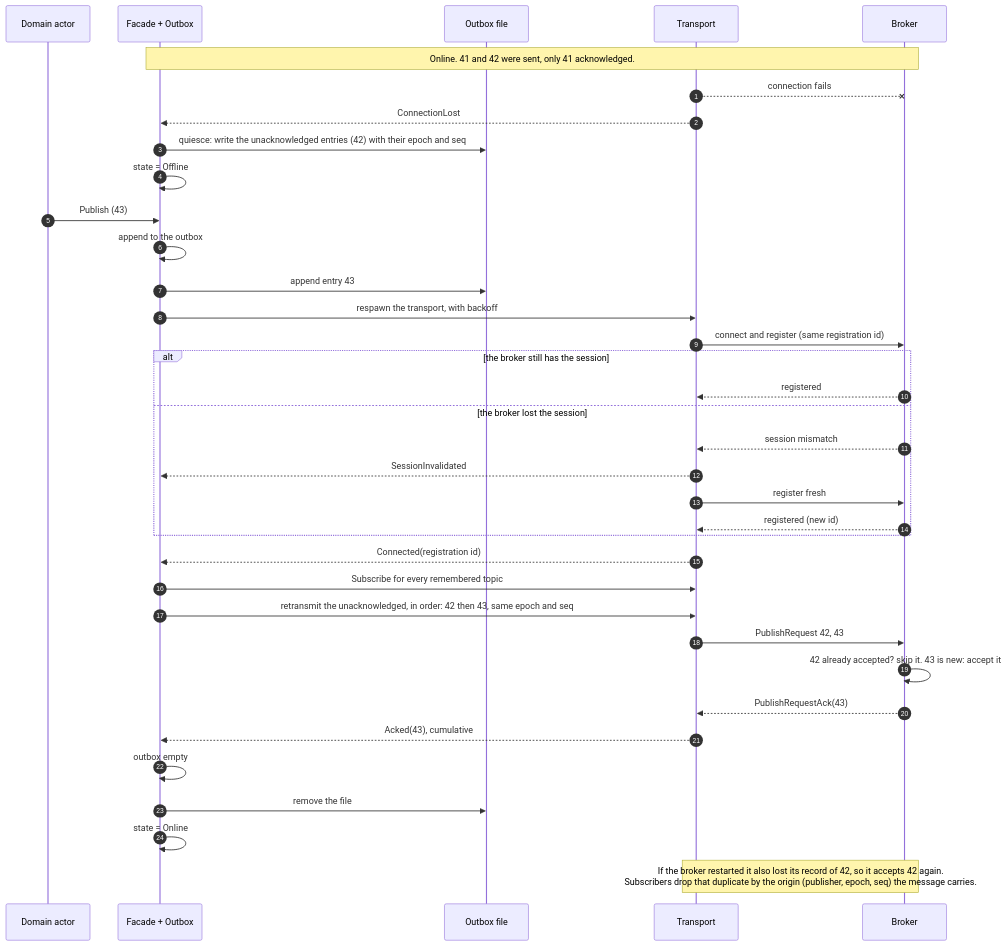
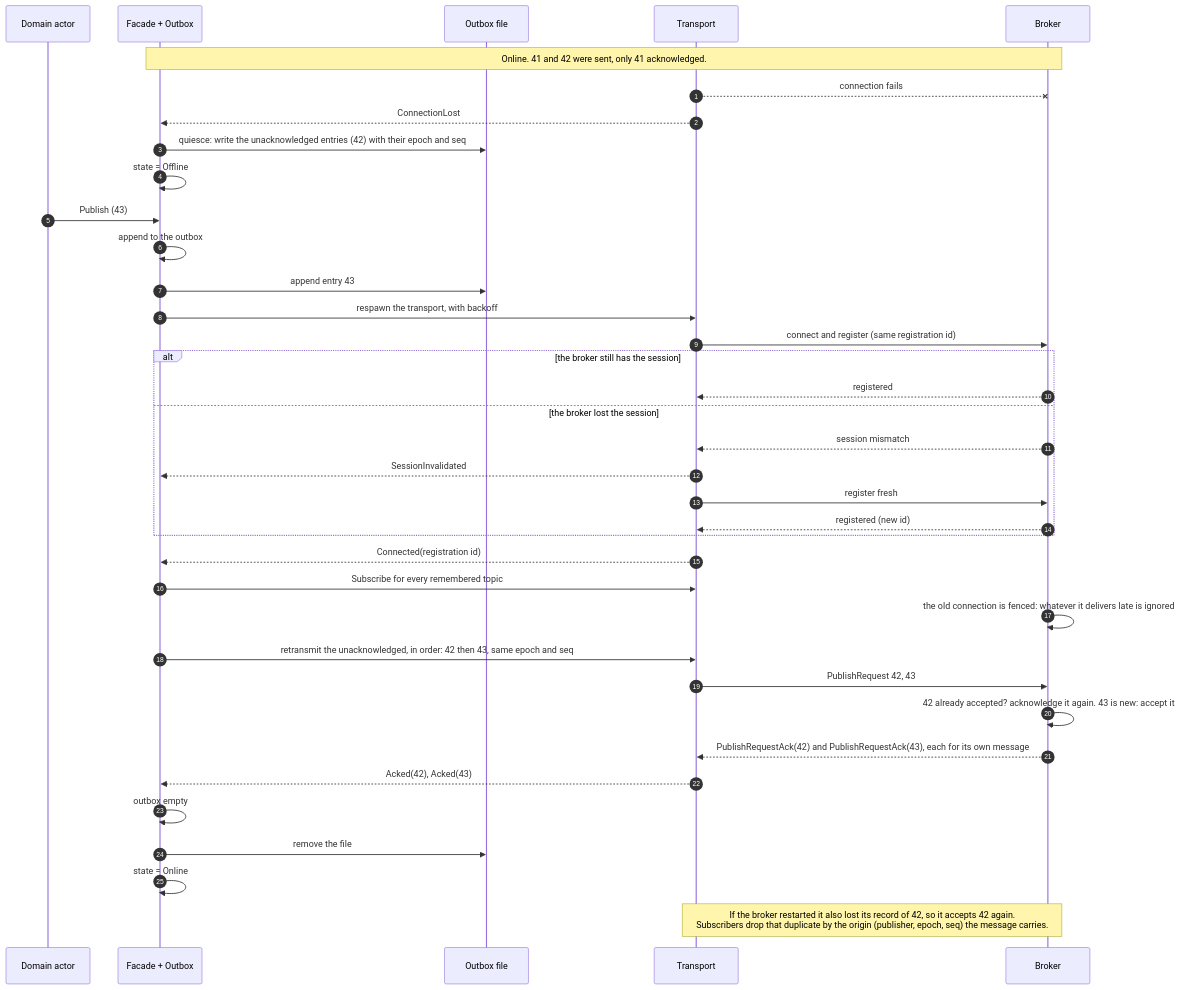
Before and after one commit to cmu-sei/Polar: the diagram in docs/architecture/sequences/general/cassini_client_recovery.mmd, drawn with Mermaid. The commit also changed 6 other files, not shown here.

```diff
--- a/docs/architecture/sequences/general/cassini_client_recovery.mmd
+++ b/docs/architecture/sequences/general/cassini_client_recovery.mmd
@@ -1,37 +1,38 @@
 sequenceDiagram
     autonumber
     participant D as Domain actor
     participant F as Facade + Outbox
     participant Disk as Outbox file
     participant T as Transport
     participant B as Broker
 
     Note over F,B: Online. 41 and 42 were sent, only 41 acknowledged.
     T--xB: connection fails
     T-->>F: ConnectionLost
     F->>Disk: quiesce: write the unacknowledged entries (42) with their epoch and seq
     F->>F: state = Offline
     D->>F: Publish (43)
     F->>F: append to the outbox
     F->>Disk: append entry 43
     F->>T: respawn the transport, with backoff
     T->>B: connect and register (same registration id)
     alt the broker still has the session
         B-->>T: registered
     else the broker lost the session
         B-->>T: session mismatch
         T-->>F: SessionInvalidated
         T->>B: register fresh
         B-->>T: registered (new id)
     end
     T-->>F: Connected(registration id)
     F->>T: Subscribe for every remembered topic
+    B->>B: the old connection is fenced: whatever it delivers late is ignored
     F->>T: retransmit the unacknowledged, in order: 42 then 43, same epoch and seq
     T->>B: PublishRequest 42, 43
-    B->>B: 42 already accepted? skip it. 43 is new: accept it
-    B-->>T: PublishRequestAck(43)
-    T-->>F: Acked(43), cumulative
+    B->>B: 42 already accepted? acknowledge it again. 43 is new: accept it
+    B-->>T: PublishRequestAck(42) and PublishRequestAck(43), each for its own message
+    T-->>F: Acked(42), Acked(43)
     F->>F: outbox empty
     F->>Disk: remove the file
     F->>F: state = Online
     Note over B,T: If the broker restarted it also lost its record of 42, so it accepts 42 again.<br/>Subscribers drop that duplicate by the origin (publisher, epoch, seq) the message carries.
```
